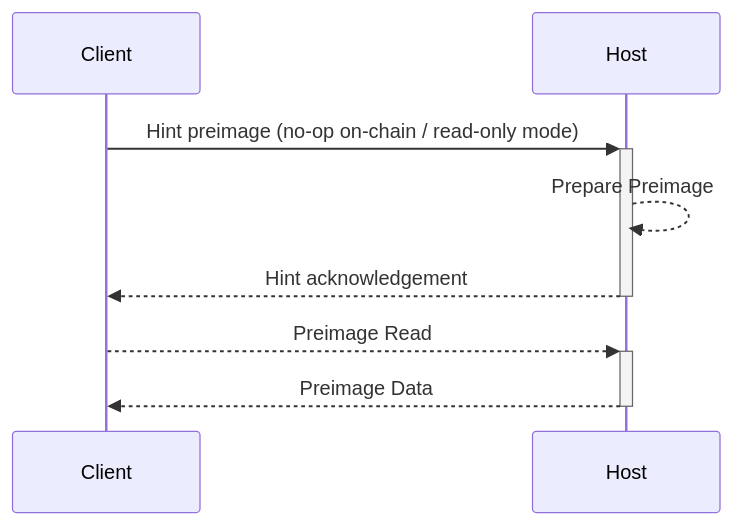
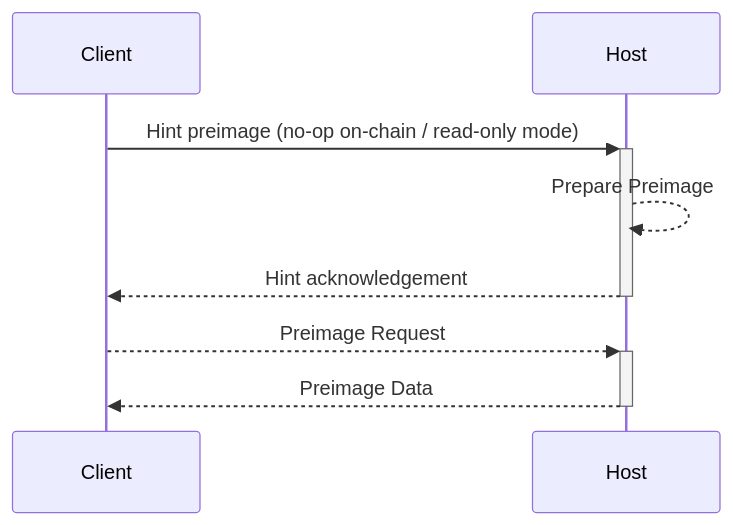
One commit to aPTRDgvm5ui3dkEtFYWc/kona changed the diagram in book/src/fpp-dev/env.md. Above: the diagram before and after it, drawn with Mermaid. The commit also changed other lines of this file and 43 other files, not shown here.

````diff
--- a/book/src/fpp-dev/env.md
+++ b/book/src/fpp-dev/env.md
@@ -26,8 +28,8 @@
 ```mermaid
 sequenceDiagram
     Client->>+Host: Hint preimage (no-op on-chain / read-only mode)
     Host-->>Host: Prepare Preimage
     Host-->>-Client: Hint acknowledgement
-    Client-->>+Host: Preimage Read
+    Client-->>+Host: Preimage Request
     Host-->>-Client: Preimage Data
 ```
````
